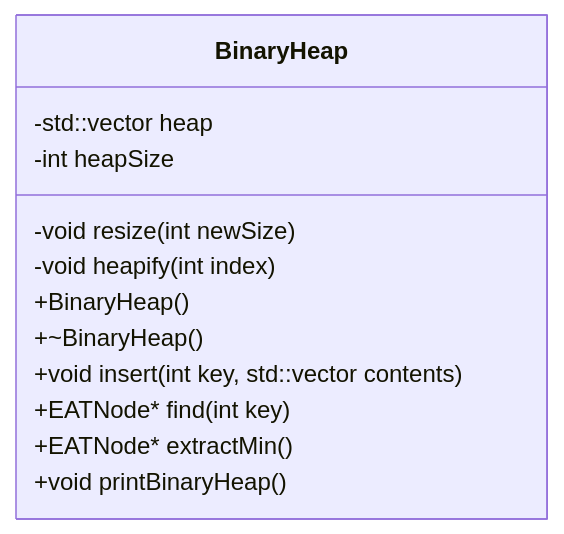
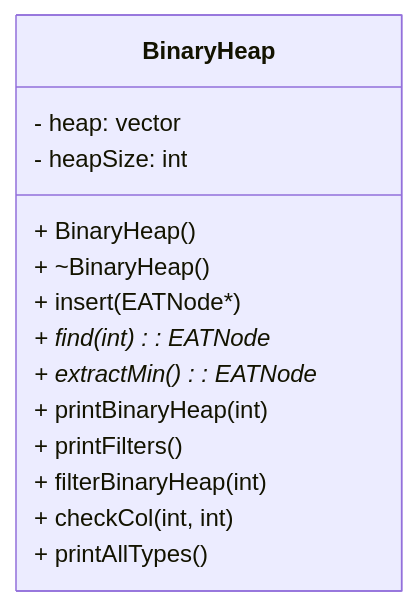
Before and after one commit to SP24-212/Edstem-Tracker: the second of 4 diagrams in docs/dsa.md, drawn with Mermaid. The commit also changed other lines of this file and 1 other file, not shown here.

````diff
--- a/docs/dsa.md
+++ b/docs/dsa.md
@@ -24,15 +24,17 @@
 ```mermaid
 classDiagram
 class BinaryHeap {
-  -std::vector<EATNode*> heap
-  -int heapSize
-  -void resize(int newSize)
-  -void heapify(int index)
-  +BinaryHeap()
-  +~BinaryHeap()
-  +void insert(int key, std::vector<std::string> contents)
-  +EATNode* find(int key)
-  +EATNode* extractMin()
-  +void printBinaryHeap()
+  - heap: vector<EATNode*>
+  - heapSize: int
+  + BinaryHeap()
+  + ~BinaryHeap()
+  + insert(EATNode*)
+  + find(int): EATNode*
+  + extractMin(): EATNode*
+  + printBinaryHeap(int)
+  + printFilters()
+  + filterBinaryHeap(int)
+  + checkCol(int, int)
+  + printAllTypes()
 }
 ```
````
